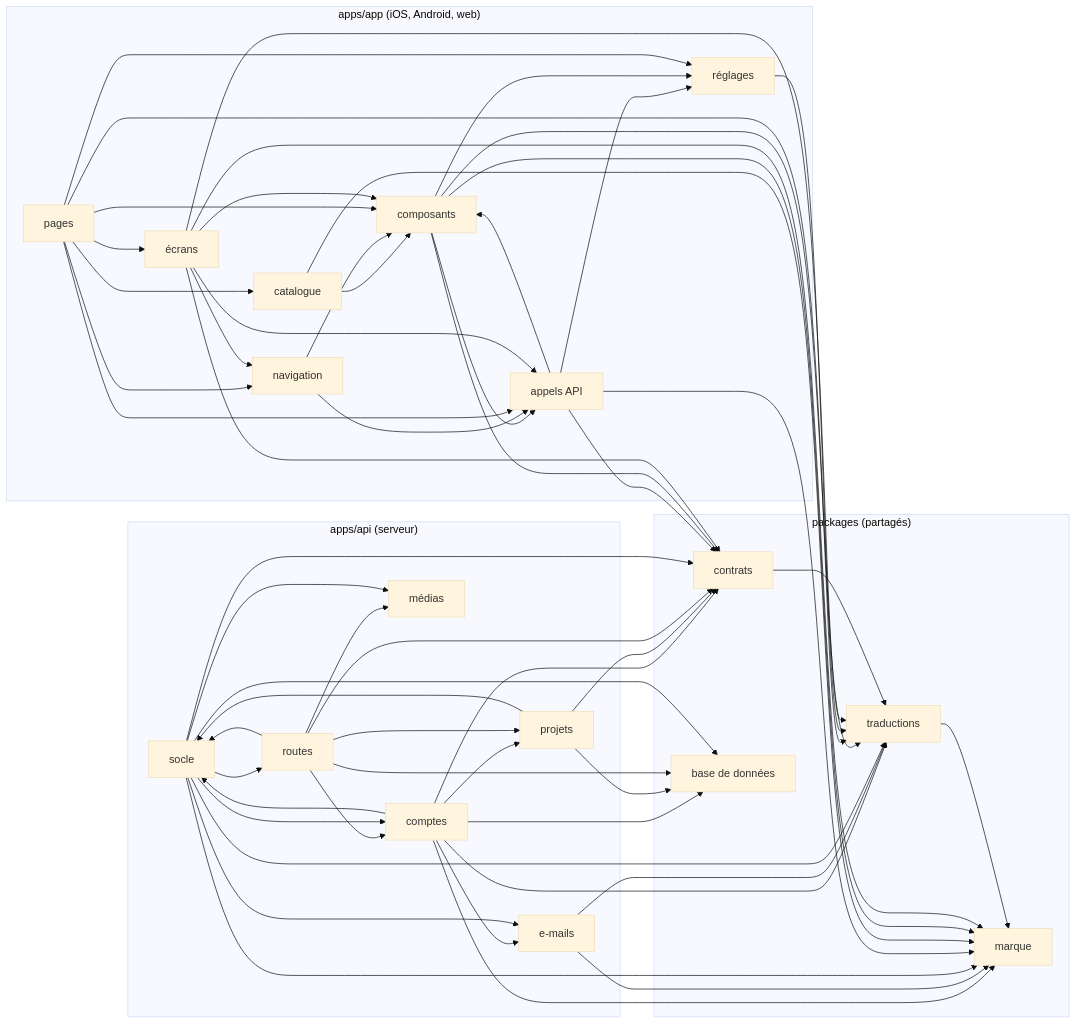
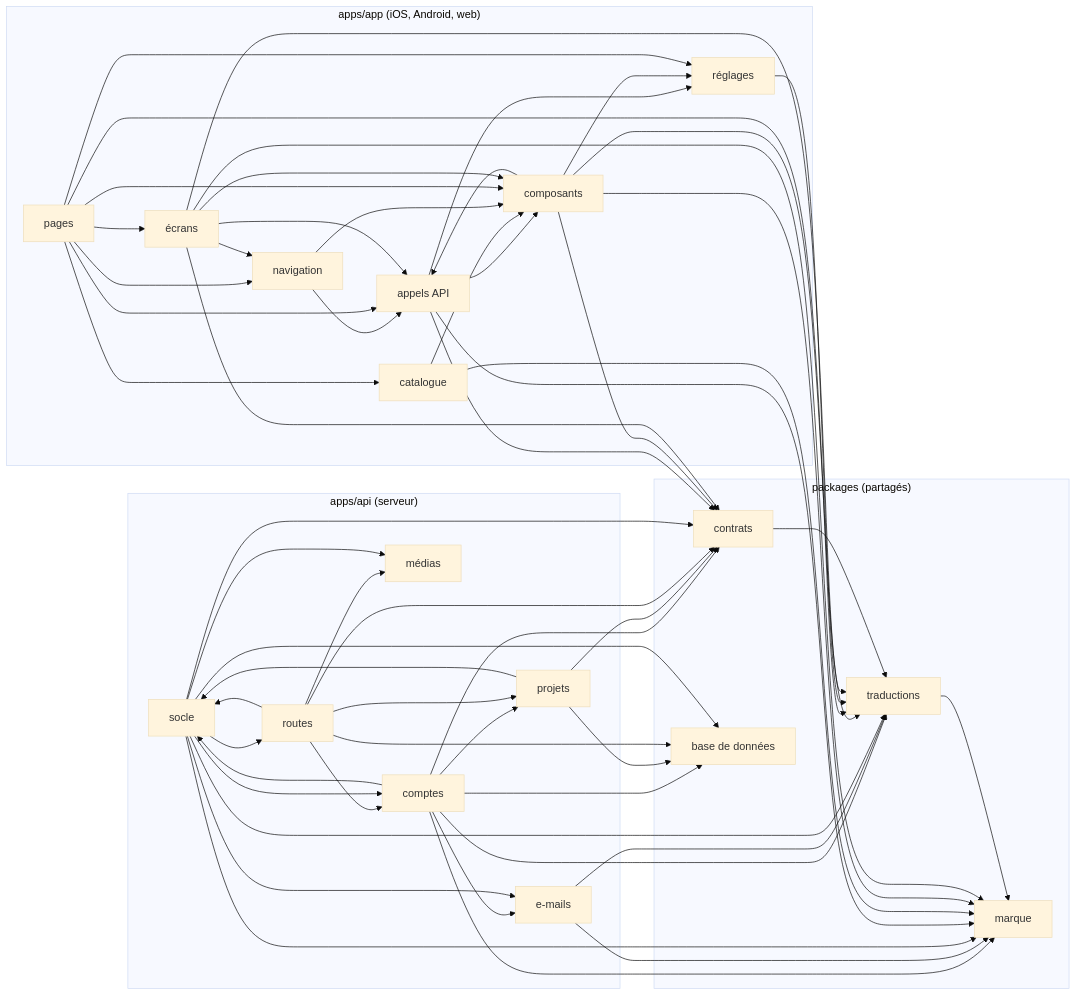
Before and after one commit to EthogramHQ/Waiggle: the diagram in docs/architecture/dependances.md, drawn with Mermaid (base theme). The commit also changed other lines of this file and 43 other files, not shown here.

````diff
--- a/docs/architecture/dependances.md
+++ b/docs/architecture/dependances.md
@@ -7,81 +7,81 @@
 ```mermaid
 flowchart LR
   subgraph appli["apps/app (iOS, Android, web)"]
+    n5["appels API"]
+    n7["réglages"]
     n2["composants"]
-    n7["réglages"]
+    n4["navigation"]
     n1["écrans"]
     n0["pages"]
-    n5["appels API"]
-    n4["navigation"]
     n3["catalogue"]
   end
   subgraph api["apps/api (serveur)"]
     n14["socle"]
     n9["comptes"]
     n10["projets"]
     n8["routes"]
     n11["médias"]
     n12["e-mails"]
   end
   subgraph paquets["packages (partagés)"]
     n17["traductions"]
     n18["marque"]
     n15["contrats"]
     n16["base de données"]
   end
   n9 --> n12
   n9 --> n10
   n9 --> n14
   n9 --> n16
   n9 --> n15
   n9 --> n18
   n9 --> n17
   n12 --> n18
   n12 --> n17
   n10 --> n14
   n10 --> n16
   n10 --> n15
   n8 --> n9
   n8 --> n11
   n8 --> n10
   n8 --> n14
   n8 --> n16
   n8 --> n15
   n14 --> n9
   n14 --> n12
   n14 --> n11
   n14 --> n8
   n14 --> n16
   n14 --> n15
   n14 --> n18
   n14 --> n17
   n5 --> n2
   n5 --> n7
   n5 --> n15
   n5 --> n18
   n3 --> n2
   n3 --> n18
   n2 --> n5
   n2 --> n7
   n2 --> n15
   n2 --> n18
   n2 --> n17
   n4 --> n5
   n4 --> n2
   n0 --> n5
   n0 --> n3
   n0 --> n2
   n0 --> n4
   n0 --> n7
   n0 --> n1
   n0 --> n17
   n7 --> n17
   n1 --> n5
   n1 --> n2
   n1 --> n4
   n1 --> n15
   n1 --> n18
   n1 --> n17
   n15 --> n17
   n17 --> n18
 ```
````
